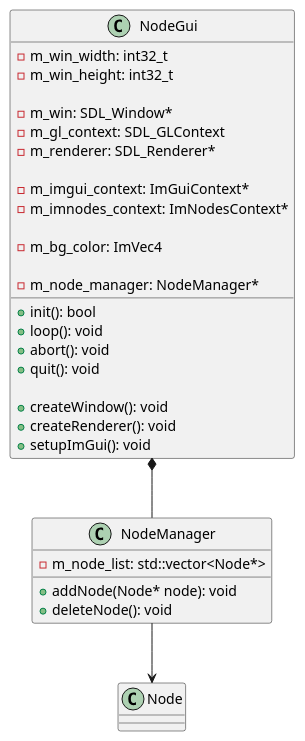
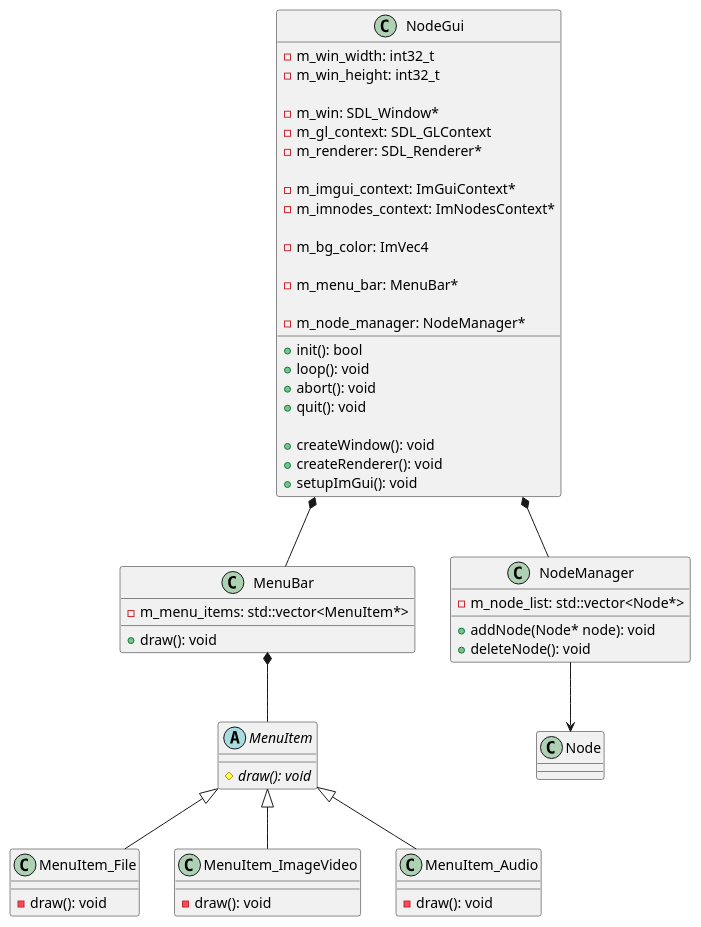
One commit to nkue-yst/NodeProcessV2 changed the diagram in uml/uml_impl.pu. Above: the diagram before and after it, drawn with PlantUML. The commit also changed 15 other files, not shown here.

Commit message:
Add menu bar

```diff
--- a/uml/uml_impl.pu
+++ b/uml/uml_impl.pu
@@ -1,42 +1,73 @@
 @startuml NodeProcessing_Impl
 
 class NodeGui {
     +init(): bool
     +loop(): void
     +abort(): void
     +quit(): void
 
     +createWindow(): void
     +createRenderer(): void
     +setupImGui(): void
 
     -m_win_width: int32_t
     -m_win_height: int32_t
 
     -m_win: SDL_Window*
     -m_gl_context: SDL_GLContext
     -m_renderer: SDL_Renderer*
 
     -m_imgui_context: ImGuiContext*
     -m_imnodes_context: ImNodesContext*
 
     -m_bg_color: ImVec4
 
+    -m_menu_bar: MenuBar*
+
     -m_node_manager: NodeManager*
+}
+
+class MenuBar {
+    +draw(): void
+
+    -m_menu_items: std::vector<MenuItem*>
+}
+
+abstract class MenuItem {
+    {abstract} #draw(): void
+}
+
+class MenuItem_File {
+    -draw(): void
+}
+
+class MenuItem_ImageVideo {
+    -draw(): void
+}
+
+class MenuItem_Audio {
+    -draw(): void
 }
 
 class NodeManager {
     +addNode(Node* node): void
     +deleteNode(): void
 
     -m_node_list: std::vector<Node*>
 }
 
 class Node {
 
 }
 
 NodeGui *-- NodeManager
+NodeGui *-- MenuBar
+
+MenuBar *-- MenuItem
+MenuItem <|-- MenuItem_File
+MenuItem <|-- MenuItem_ImageVideo
+MenuItem <|-- MenuItem_Audio
+
 NodeManager --> Node
 
 @enduml
```
